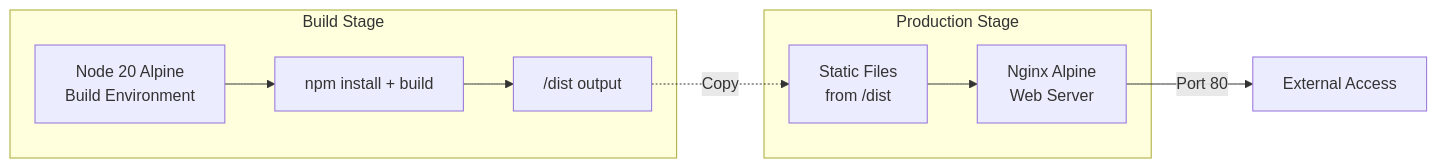
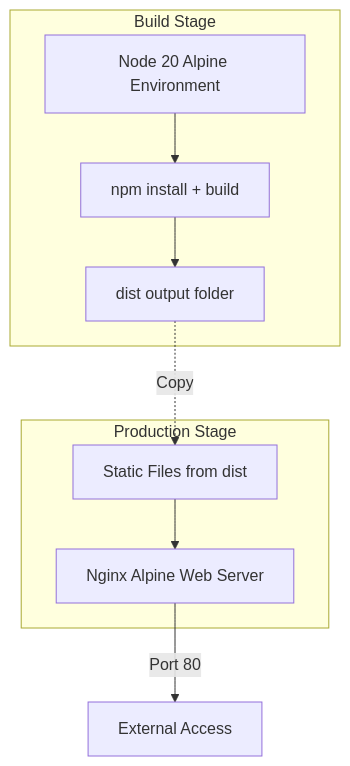
Before and after one commit to Gringo2/zero-task: the fifth of 6 diagrams in docs/ARCHITECTURE.md, drawn with Mermaid. The commit also changed other lines of this file and 2 other files, not shown here.

Commit message:
fix(docs): Definitive Mermaid fix by standardizing on graph TD and simplifying label syntax

````diff
--- a/docs/ARCHITECTURE.md
+++ b/docs/ARCHITECTURE.md
@@ -156,20 +156,20 @@
 ```mermaid
-graph LR
+graph TD
     subgraph "Build Stage"
-        NodeBuild["Node 20 Alpine<br/>Build Environment"]
+        NodeBuild["Node 20 Alpine Environment"]
         NPM["npm install + build"]
-        Dist["/dist output"]
+        Dist["dist output folder"]
     end
     
     subgraph "Production Stage"
-        Nginx["Nginx Alpine<br/>Web Server"]
-        Static["Static Files<br/>from /dist"]
+        Nginx["Nginx Alpine Web Server"]
+        Static["Static Files from dist"]
     end
     
     NodeBuild --> NPM
     NPM --> Dist
     Dist -. "Copy" .-> Static
     Static --> Nginx
     
     Nginx -->|"Port 80"| External["External Access"]
 ```
````
